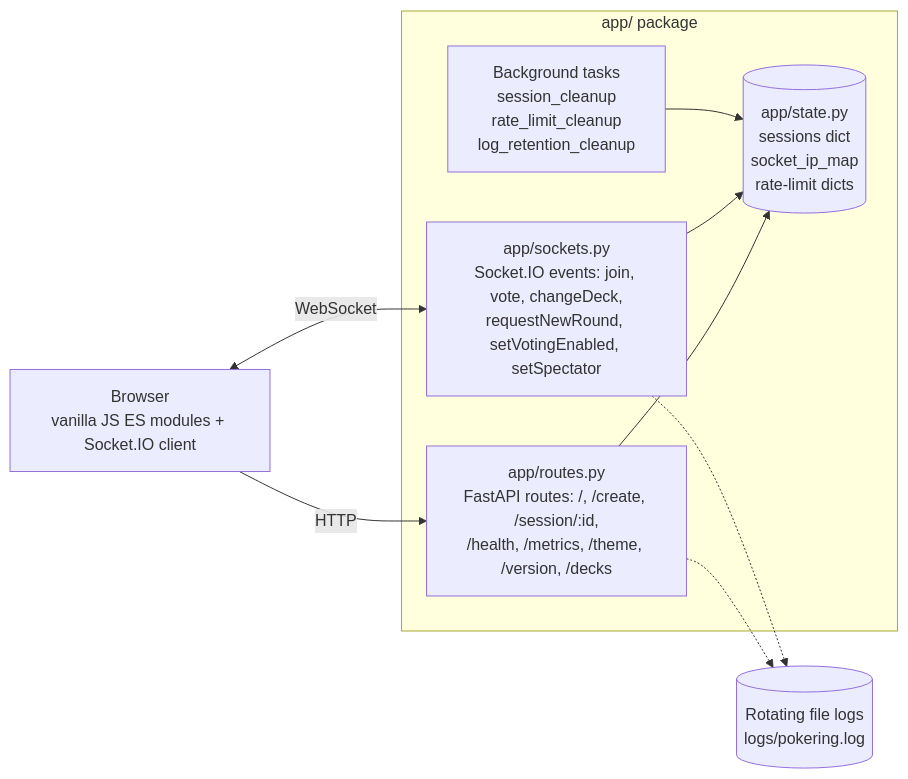
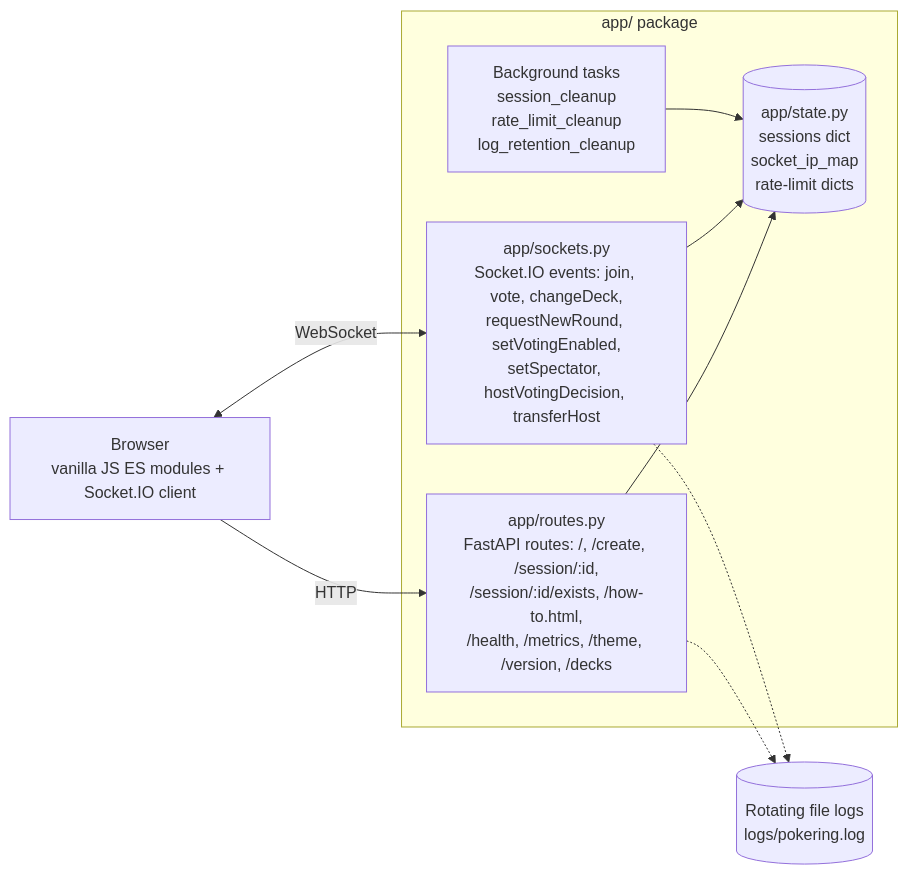
Before and after one commit to Str00pwafel/pokering-points-app: the diagram in README.md, drawn with Mermaid. The commit also changed other lines of this file and 14 other files, not shown here.

Commit message:
PATCH2-06/02 release 2.1.0 host transfer and how-to

````diff
--- a/README.md
+++ b/README.md
@@ -18,17 +21,17 @@
 ```mermaid
 flowchart LR
     Client[Browser<br/>vanilla JS ES modules + Socket.IO client] -- HTTP --> FastAPI
     Client <-- WebSocket --> SocketIO
     subgraph Server [app/ package]
-        FastAPI[app/routes.py<br/>FastAPI routes: /, /create, /session/:id,<br/>/health, /metrics, /theme, /version, /decks]
-        SocketIO[app/sockets.py<br/>Socket.IO events: join, vote, changeDeck,<br/>requestNewRound, setVotingEnabled, setSpectator]
+        FastAPI[app/routes.py<br/>FastAPI routes: /, /create, /session/:id,<br/>/session/:id/exists, /how-to.html,<br/>/health, /metrics, /theme, /version, /decks]
+        SocketIO[app/sockets.py<br/>Socket.IO events: join, vote, changeDeck,<br/>requestNewRound, setVotingEnabled,<br/>setSpectator, hostVotingDecision, transferHost]
         State[(app/state.py<br/>sessions dict<br/>socket_ip_map<br/>rate-limit dicts)]
         Tasks[Background tasks<br/>session_cleanup<br/>rate_limit_cleanup<br/>log_retention_cleanup]
         FastAPI --> State
         SocketIO --> State
         Tasks --> State
     end
     Logs[(Rotating file logs<br/>logs/pokering.log)]
     FastAPI -.-> Logs
     SocketIO -.-> Logs
 ```
````
